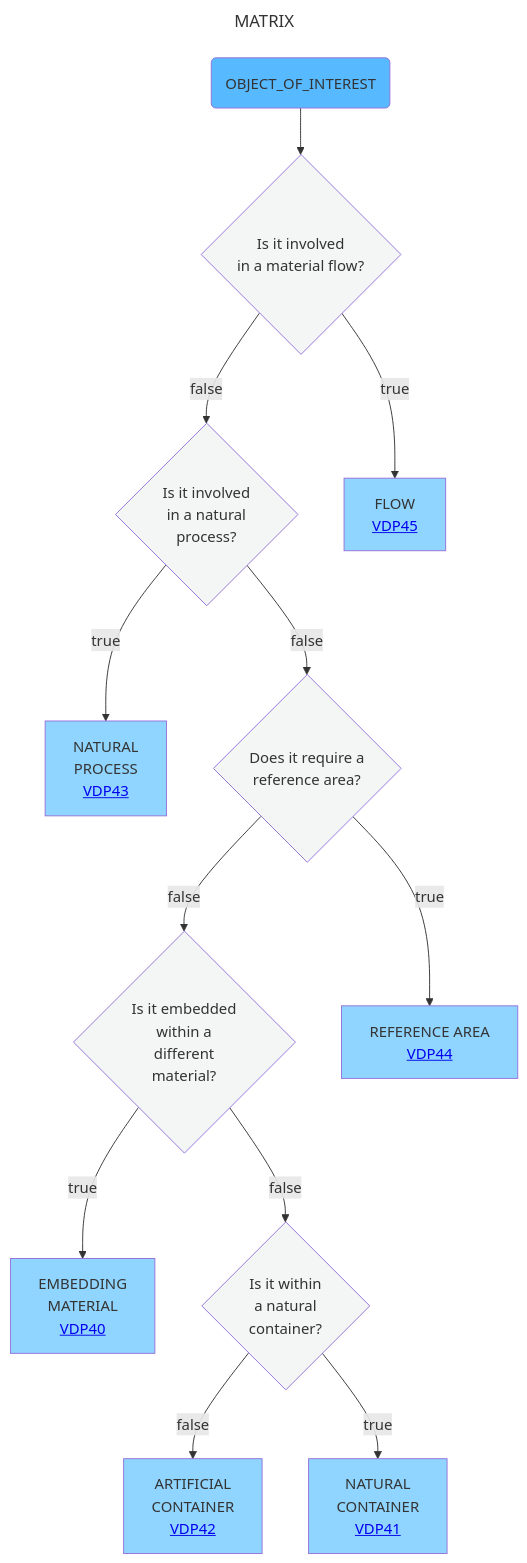
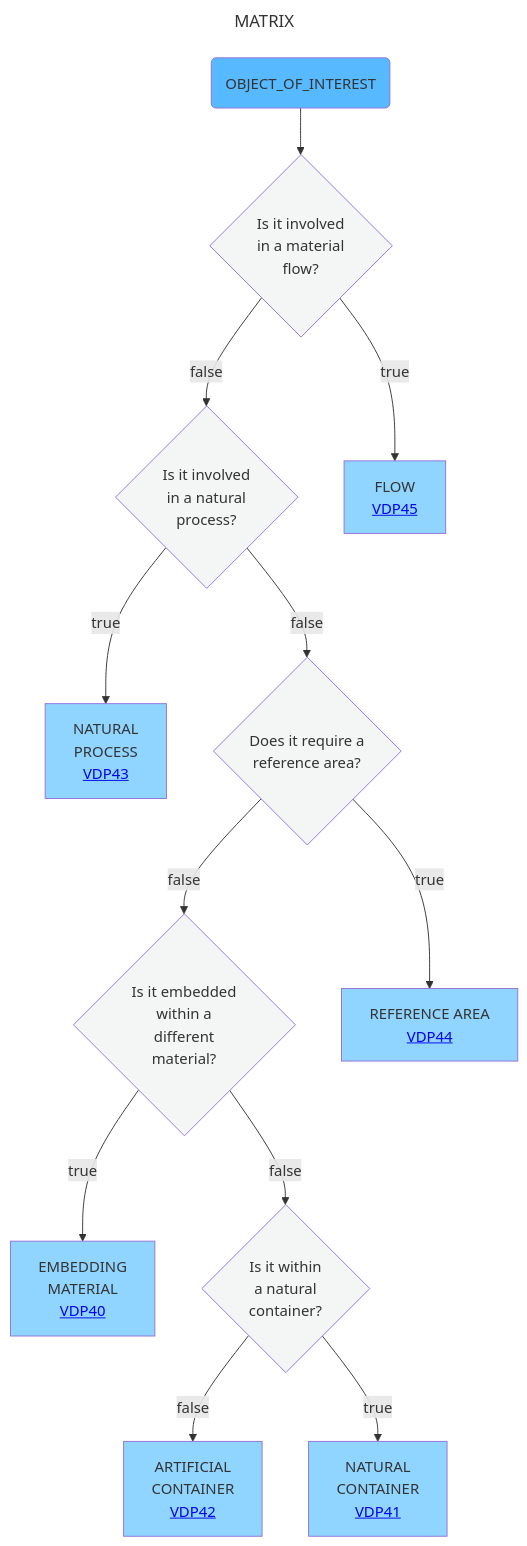
One commit to mabablue/I-ADOPT-patterns-playground changed the diagram in Decisition_trees/DT8.mmd. Above: the diagram before and after it, drawn with Mermaid.

```diff
--- a/Decisition_trees/DT8.mmd
+++ b/Decisition_trees/DT8.mmd
@@ -1,20 +1,20 @@
 ---
 title: MATRIX
 ---
 flowchart TD
-    A(OBJECT_OF_INTEREST):::satblue  --> AB{Is it involved <br> in a material flow?}:::white
+    A(OBJECT_OF_INTEREST):::satblue  --> AB{Is it involved <br> in a material <br> flow?}:::white
     AB --> |false|B{Is it involved <br> in a natural <br>process?}:::white
     AB --> |true|O[FLOW <br> <a href='https://github.com/mabablue/I-ADOPT-patterns-playground/blob/main/pattern/VDP45.yaml'>VDP45</a>]:::blue
     B --> |true|C[NATURAL <br> PROCESS <br> <a href='https://github.com/mabablue/I-ADOPT-patterns-playground/blob/main/pattern/VDP43.yaml'>VDP43</a>]:::blue
     B --> |false|D{Does it require a <br> reference area?}:::white
     D --> |false|E{Is it embedded <br> within a <br> different <br> material?}:::white
     D --> |true|F[REFERENCE AREA <br> <a href='https://github.com/mabablue/I-ADOPT-patterns-playground/blob/main/pattern/VDP44.yaml'>VDP44</a>]:::blue
     E --> |true|G[EMBEDDING <br> MATERIAL <br> <a href='https://github.com/mabablue/I-ADOPT-patterns-playground/blob/main/pattern/VDP40.yaml'>VDP40</a>]:::blue
     E --> |false|H{Is it within <br> a natural <br> container?}:::white
     H --> |false|I[ARTIFICIAL <br> CONTAINER <br> <a href='https://github.com/mabablue/I-ADOPT-patterns-playground/blob/main/pattern/VDP42.yaml'>VDP42</a>]:::blue
     H --> |true|J[NATURAL <br> CONTAINER <br> <a href='https://github.com/mabablue/I-ADOPT-patterns-playground/blob/main/pattern/VDP41.yaml'>VDP41</a>]:::blue
 
    classDef blue fill:#90D5FF
    classDef satblue fill:#57B9FF 
    classDef white fill:#f3f6f4
    classDef green fill:#6aa84f
```
